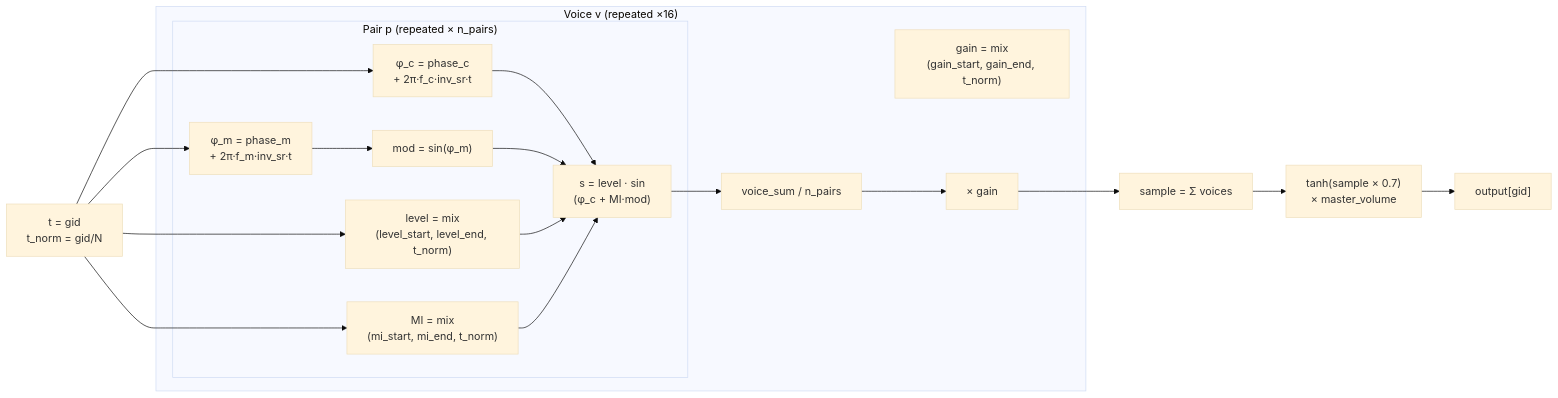
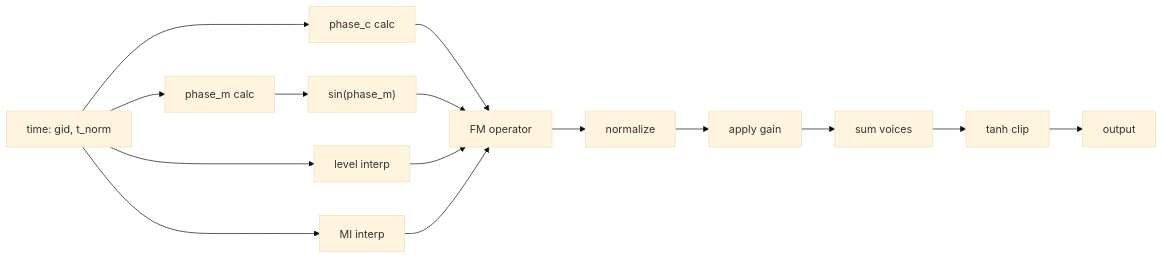
Before and after one commit to jaakkopee/neuronSeqPerform: the third of 4 diagrams in synth_native/FM_SYNTH_DOCS.md, drawn with Mermaid (base theme). The commit also changed other lines of this file, not shown here.

Commit message:
Fix Mermaid rendering: remove special chars, simplify labels, fix math in tables

````diff
--- a/synth_native/FM_SYNTH_DOCS.md
+++ b/synth_native/FM_SYNTH_DOCS.md
@@ -356,33 +356,30 @@
 ```mermaid
 flowchart LR
-    T[t = gid<br/>t_norm = gid/N]
+    T["time: gid, t_norm"]
+    PC["phase_c calc"]
+    PM["phase_m calc"]
+    IL["level interp"]
+    IM["MI interp"]
+    MOD["sin(phase_m)"]
+    FM["FM operator"]
+    NORM["normalize"]
+    GAIN["apply gain"]
+    SUM["sum voices"]
+    CLIP["tanh clip"]
+    OUT["output"]
 
-    subgraph Voice_v["Voice v  (repeated ×16)"]
-        G["gain = mix<br/>(gain_start, gain_end, t_norm)"]
-
-        subgraph Pair_p["Pair p  (repeated × n_pairs)"]
-            PC["φ_c = phase_c<br/>+ 2π·f_c·inv_sr·t"]
-            PM["φ_m = phase_m<br/>+ 2π·f_m·inv_sr·t"]
-            IL["level = mix<br/>(level_start, level_end, t_norm)"]
-            IM["MI = mix<br/>(mi_start, mi_end, t_norm)"]
-            MOD["mod = sin(φ_m)"]
-            FM["s = level · sin<br/>(φ_c + MI·mod)"]
-        end
-
-        NORM["voice_sum / n_pairs"]
-        VSCALE["× gain"]
-    end
-
-    SUM["sample = Σ voices"]
-    CLIP["tanh(sample × 0.7)<br/>× master_volume"]
-    OUT["output[gid]"]
-
-    T --> PC & PM
-    T --> IL & IM
+    T --> PC
+    T --> PM
+    T --> IL
+    T --> IM
     PC --> FM
-    PM --> MOD --> FM
+    PM --> MOD
+    MOD --> FM
     IL --> FM
     IM --> FM
-    FM --> NORM --> VSCALE --> SUM
-    SUM --> CLIP --> OUT
+    FM --> NORM
+    NORM --> GAIN
+    GAIN --> SUM
+    SUM --> CLIP
+    CLIP --> OUT
 ```
````
